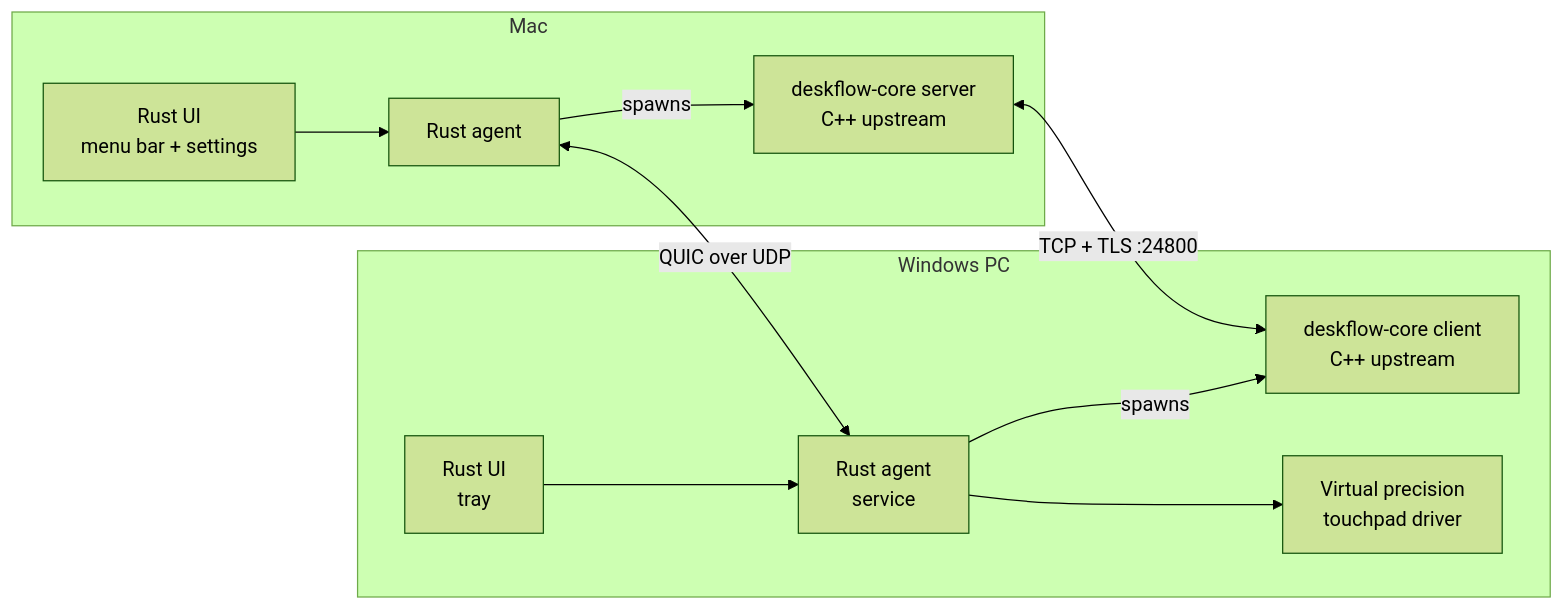
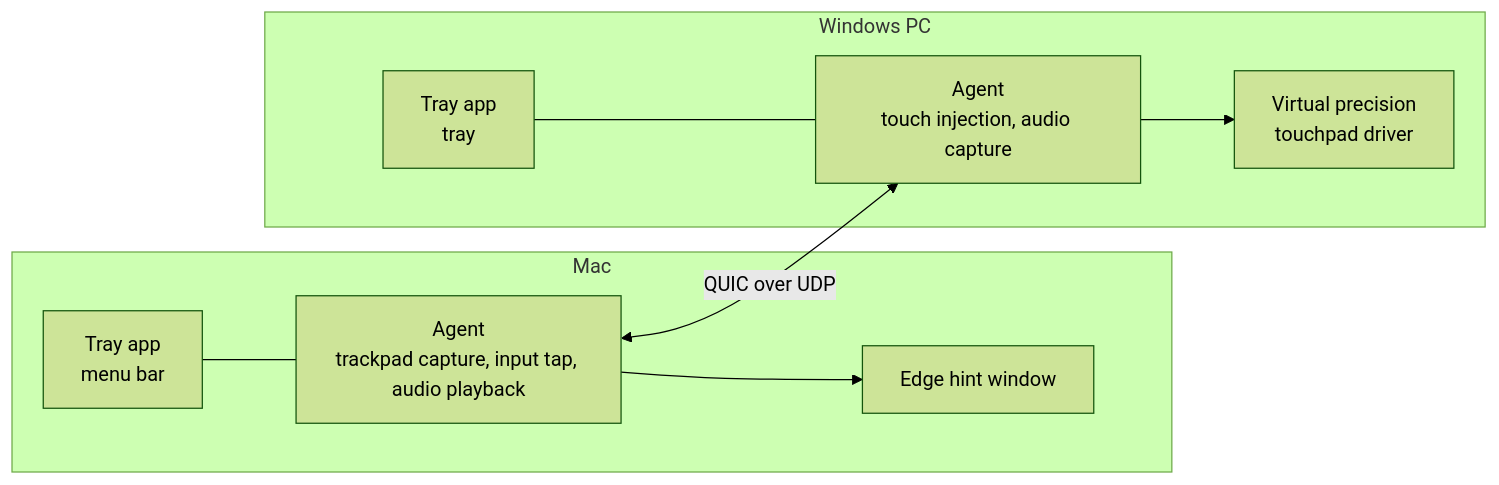
The first of 3 diagrams in docs/DESIGN.md (nyaaorick/crossglide), drawn with Mermaid (forest theme) before and after one commit. The commit also changed other lines of this file and 4 other files, not shown here.

````diff
--- a/docs/DESIGN.md
+++ b/docs/DESIGN.md
@@ -42,21 +41,18 @@
 ```mermaid
 flowchart LR
   subgraph Mac
-    MUI[Rust UI<br/>menu bar + settings]
-    MA[Rust agent]
-    CS[deskflow-core server<br/>C++ upstream]
+    MUI[Tray app<br/>menu bar]
+    MA[Agent<br/>trackpad capture, input tap, audio playback]
+    MH[Edge hint window]
   end
   subgraph PC[Windows PC]
-    WUI[Rust UI<br/>tray]
-    WA[Rust agent<br/>service]
-    CC[deskflow-core client<br/>C++ upstream]
+    WUI[Tray app<br/>tray]
+    WA[Agent<br/>touch injection, audio capture]
     TP[Virtual precision<br/>touchpad driver]
   end
-  MUI --> MA
-  MA -->|spawns| CS
-  CS <-->|TCP + TLS :24800| CC
+  MUI --- MA
+  MA --> MH
   MA <-->|QUIC over UDP| WA
-  WA -->|spawns| CC
   WA --> TP
-  WUI --> WA
+  WUI --- WA
 ```
````
